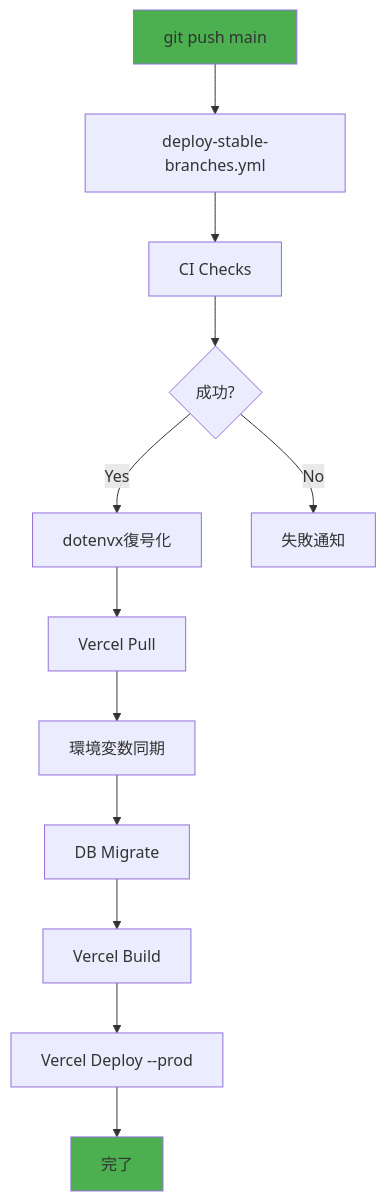
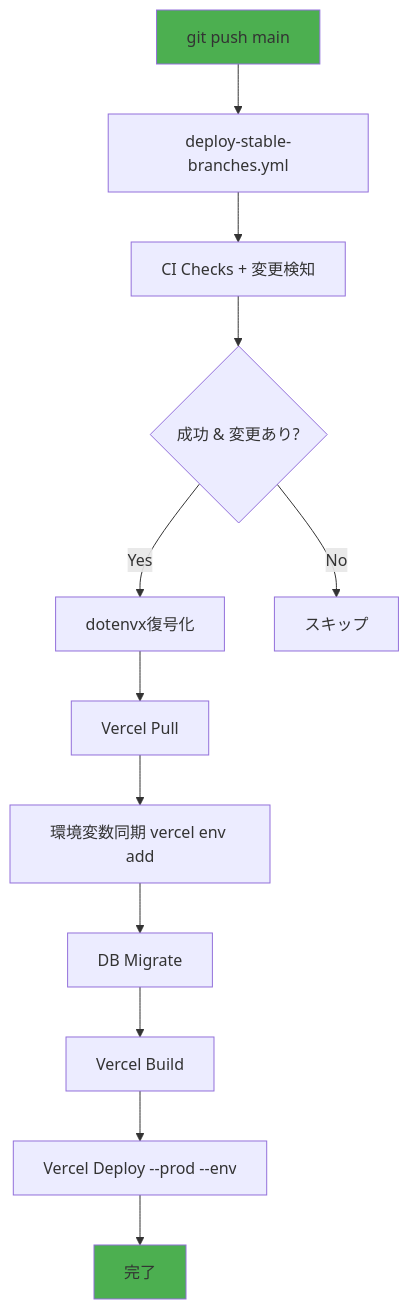
The seventh of 12 diagrams in docs/einja/steering/infrastructure/deployment.md (einja-inc/einja-management-template), drawn with Mermaid before and after one commit. The commit also changed other lines of this file and 28 other files, not shown here.

````diff
--- a/docs/einja/steering/infrastructure/deployment.md
+++ b/docs/einja/steering/infrastructure/deployment.md
@@ -383,17 +384,17 @@
 ```mermaid
 flowchart TD
     A[git push main] --> B[deploy-stable-branches.yml]
-    B --> C[CI Checks]
-    C --> D{成功?}
+    B --> C[CI Checks + 変更検知]
+    C --> D{成功 & 変更あり?}
     D -->|Yes| E[dotenvx復号化]
-    D -->|No| X[失敗通知]
+    D -->|No| X[スキップ]
     E --> F[Vercel Pull]
-    F --> G[環境変数同期]
+    F --> G[環境変数同期 vercel env add]
     G --> H[DB Migrate]
     H --> I[Vercel Build]
-    I --> J[Vercel Deploy --prod]
+    I --> J[Vercel Deploy --prod --env]
     J --> K[完了]
 
     style A fill:#4CAF50
     style K fill:#4CAF50
 ```
````
